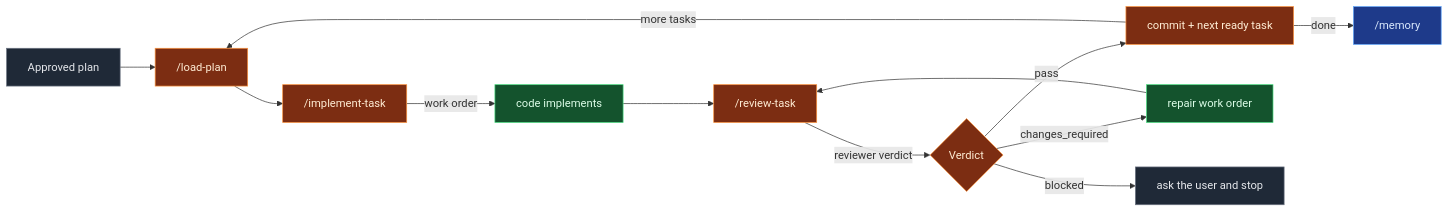
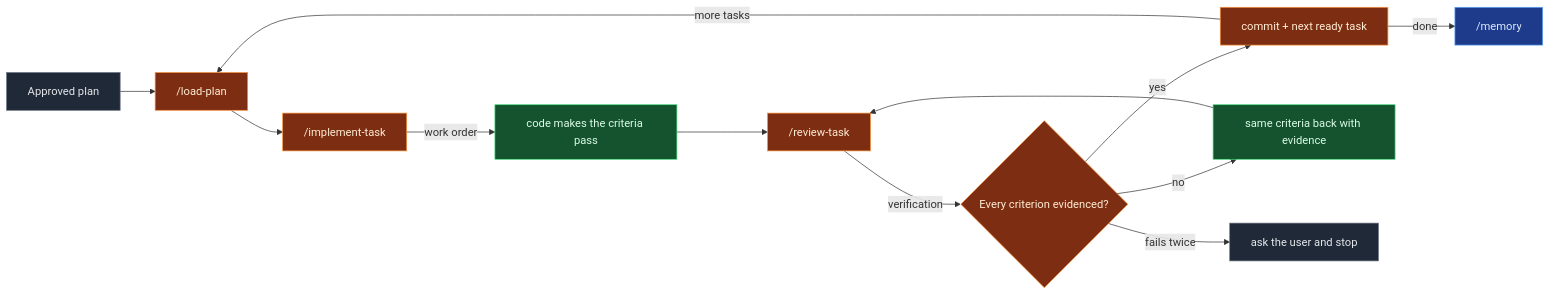
The sixth of 7 diagrams in README.md (Macacoders/wayforge), drawn with Mermaid before and after one commit. The commit also changed other lines of this file and 18 other files, not shown here.

````diff
--- a/README.md
+++ b/README.md
@@ -269,23 +269,23 @@
 ```mermaid
 flowchart LR
     A["Approved plan"] --> B["/load-plan"]
     B --> C["/implement-task"]
-    C -- "work order" --> D["code implements"]
+    C -- "work order" --> D["code makes the criteria pass"]
     D --> E["/review-task"]
-    E -- "reviewer verdict" --> F{"Verdict"}
-    F -- "pass" --> G["commit + next ready task"]
-    F -- "changes_required" --> H["repair work order"] --> E
-    F -- "blocked" --> I["ask the user and stop"]
+    E -- "verification" --> F{"Every criterion evidenced?"}
+    F -- "yes" --> G["commit + next ready task"]
+    F -- "no" --> H["same criteria back with evidence"] --> E
+    F -- "fails twice" --> I["ask the user and stop"]
     G -- "more tasks" --> B
     G -- "done" --> J["/memory"]
 
     classDef user fill:#1f2937,stroke:#6b7280,color:#e5e7eb
     classDef delivery fill:#7c2d12,stroke:#fb923c,color:#ffedd5
     classDef code fill:#14532d,stroke:#4ade80,color:#dcfce7
     classDef reviewer fill:#134e4a,stroke:#2dd4bf,color:#ccfbf1
     classDef planner fill:#1e3a8a,stroke:#60a5fa,color:#dbeafe
     class A,I user
     class B,C,E,F,G delivery
     class D,H code
     class J planner
 ```
````
